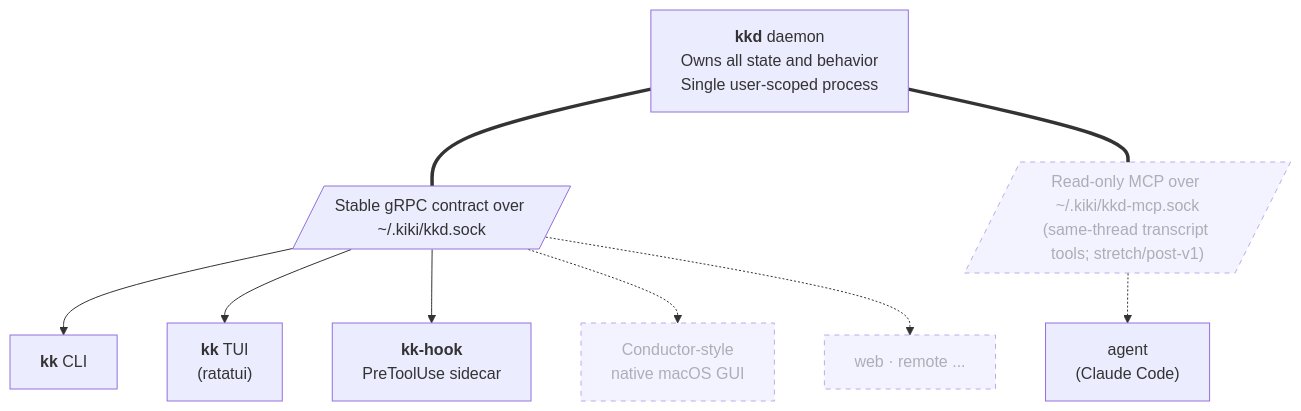
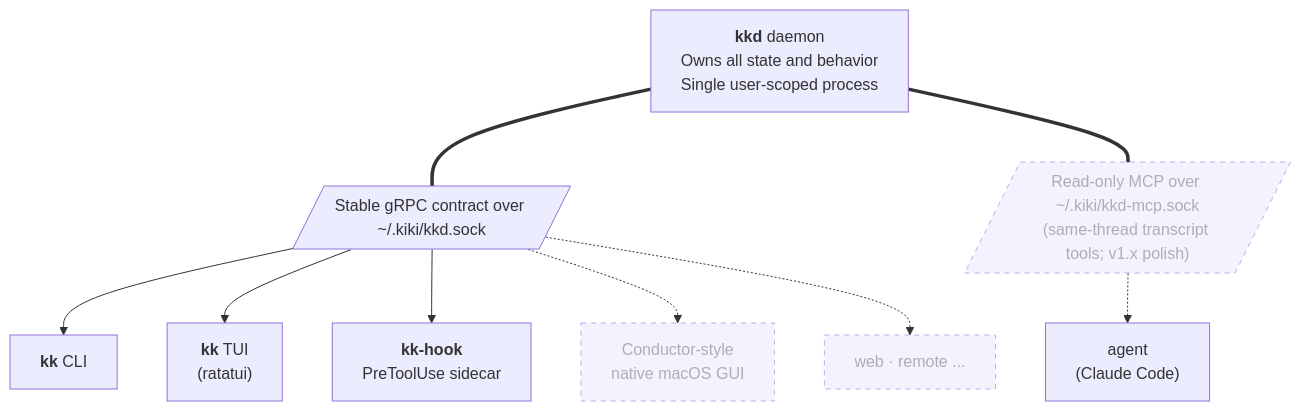
One commit to skeswa/kiki changed the third of 3 diagrams in README.md. Above: the diagram before and after it, drawn with Mermaid. The commit also changed other lines of this file, not shown here.

First line of the commit message:
Trim the README roadmap to a mirror of the book's scope ledger

````diff
--- a/README.md
+++ b/README.md
@@ -138,24 +138,24 @@
 ```mermaid
 graph TD
     kkd["<b>kkd</b> daemon<br/>Owns all state and behavior<br/>Single user-scoped process"]
     socket[/"Stable gRPC contract over ~/.kiki/kkd.sock"/]
-    mcp[/"Read-only MCP over ~/.kiki/kkd-mcp.sock<br/>(same-thread transcript tools; stretch/post-v1)"/]
+    mcp[/"Read-only MCP over ~/.kiki/kkd-mcp.sock<br/>(same-thread transcript tools; v1.x polish)"/]
     cli["<b>kk</b> CLI"]
     tui["<b>kk</b> TUI<br/>(ratatui)"]
     hook["<b>kk-hook</b><br/>PreToolUse sidecar"]
     agent["agent<br/>(Claude Code)"]
     gui["Conductor-style<br/>native macOS GUI"]
     remote["web · remote ..."]
 
     kkd === socket
     kkd === mcp
     socket --> cli
     socket --> tui
     socket --> hook
     mcp -.-> agent
     socket -.-> gui
     socket -.-> remote
 
     classDef future stroke-dasharray: 5 5,opacity:0.6
     class mcp,gui,remote future
 ```
````
